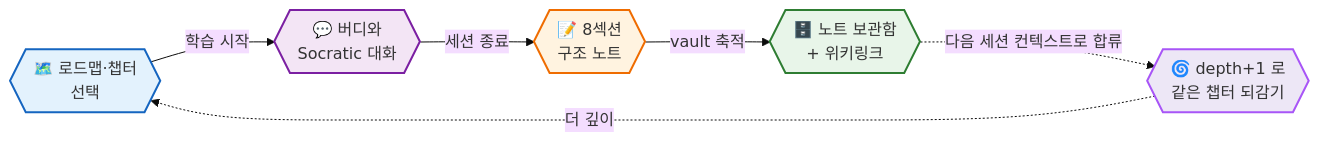
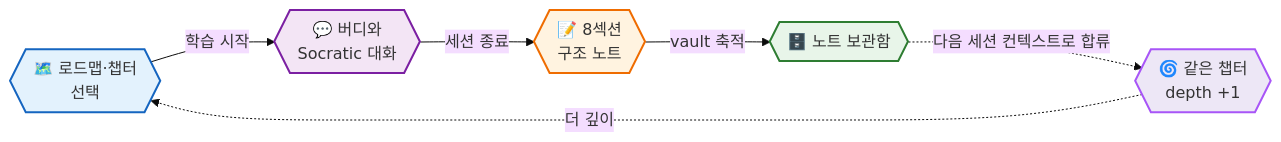
Before and after one commit to iq-spiral-galaxy/.github: the second of 2 diagrams in profile/README.md, drawn with Mermaid (base theme).

Commit message:
Improve spiral diagram: shorter depth+1 node, drop wikilink label
- Shorten the loop-back node label so "depth +1" stays readable
- Remove "+ 위키링크" from the note-vault node

````diff
--- a/profile/README.md
+++ b/profile/README.md
@@ -84,14 +84,14 @@
 ```mermaid
 graph LR
     A{{🗺️ 로드맵·챕터<br/>선택}} -->|학습 시작| B{{💬 버디와<br/>Socratic 대화}}
     B -->|세션 종료| C{{📝 8섹션<br/>구조 노트}}
-    C -->|vault 축적| D{{🗄️ 노트 보관함<br/>+ 위키링크}}
-    D -.->|다음 세션 컨텍스트로 합류| E{{🌀 depth+1 로<br/>같은 챕터 되감기}}
+    C -->|vault 축적| D{{🗄️ 노트 보관함}}
+    D -.->|다음 세션 컨텍스트로 합류| E{{🌀 같은 챕터<br/>depth +1}}
     E -.->|더 깊이| A
 
     style A fill:#e3f2fd,stroke:#1565c0,stroke-width:2px
     style B fill:#f3e5f5,stroke:#7b1fa2,stroke-width:2px
     style C fill:#fff3e0,stroke:#ef6c00,stroke-width:2px
     style D fill:#e8f5e9,stroke:#2e7d32,stroke-width:2px
     style E fill:#ede7f6,stroke:#a855f7,stroke-width:2px
 ```
````
